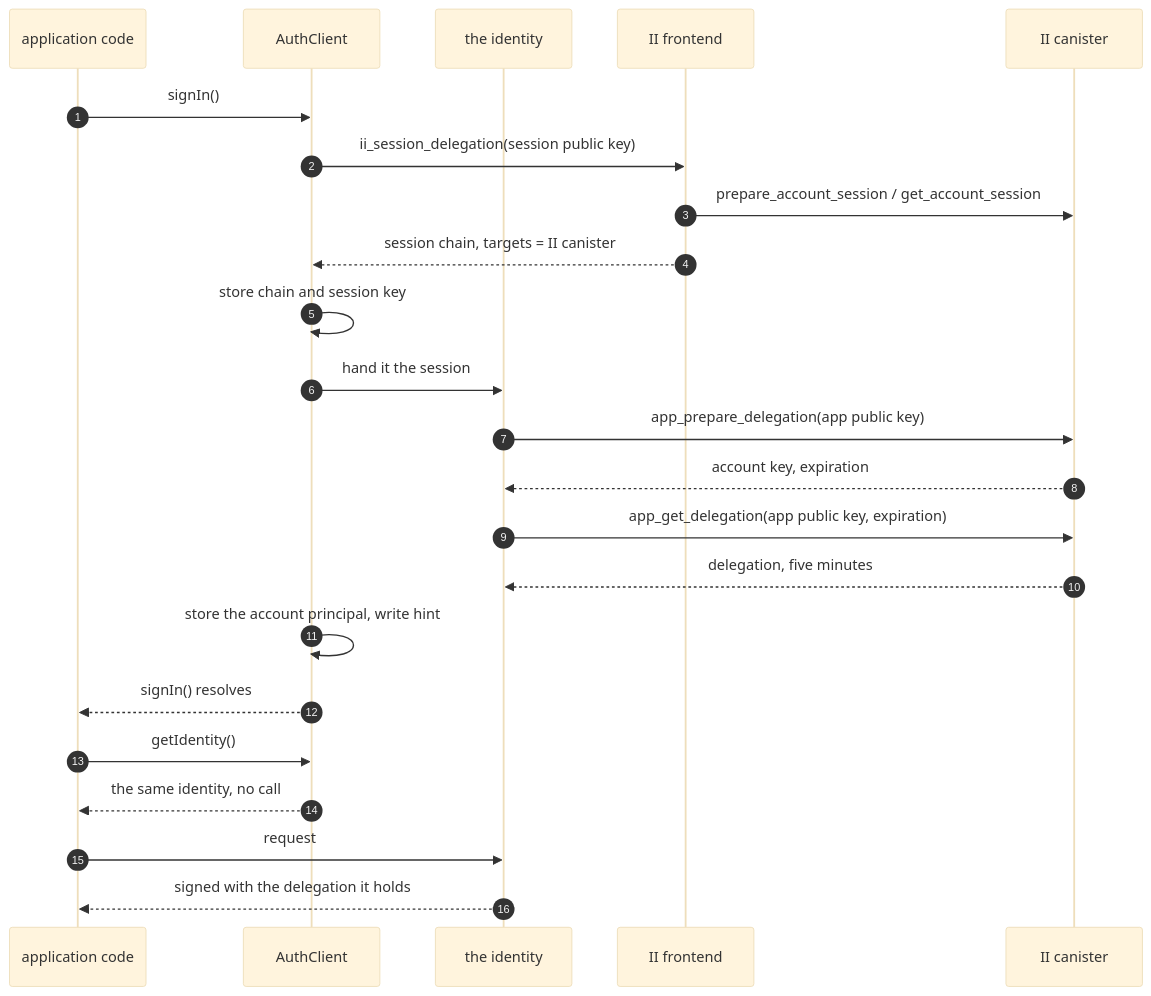
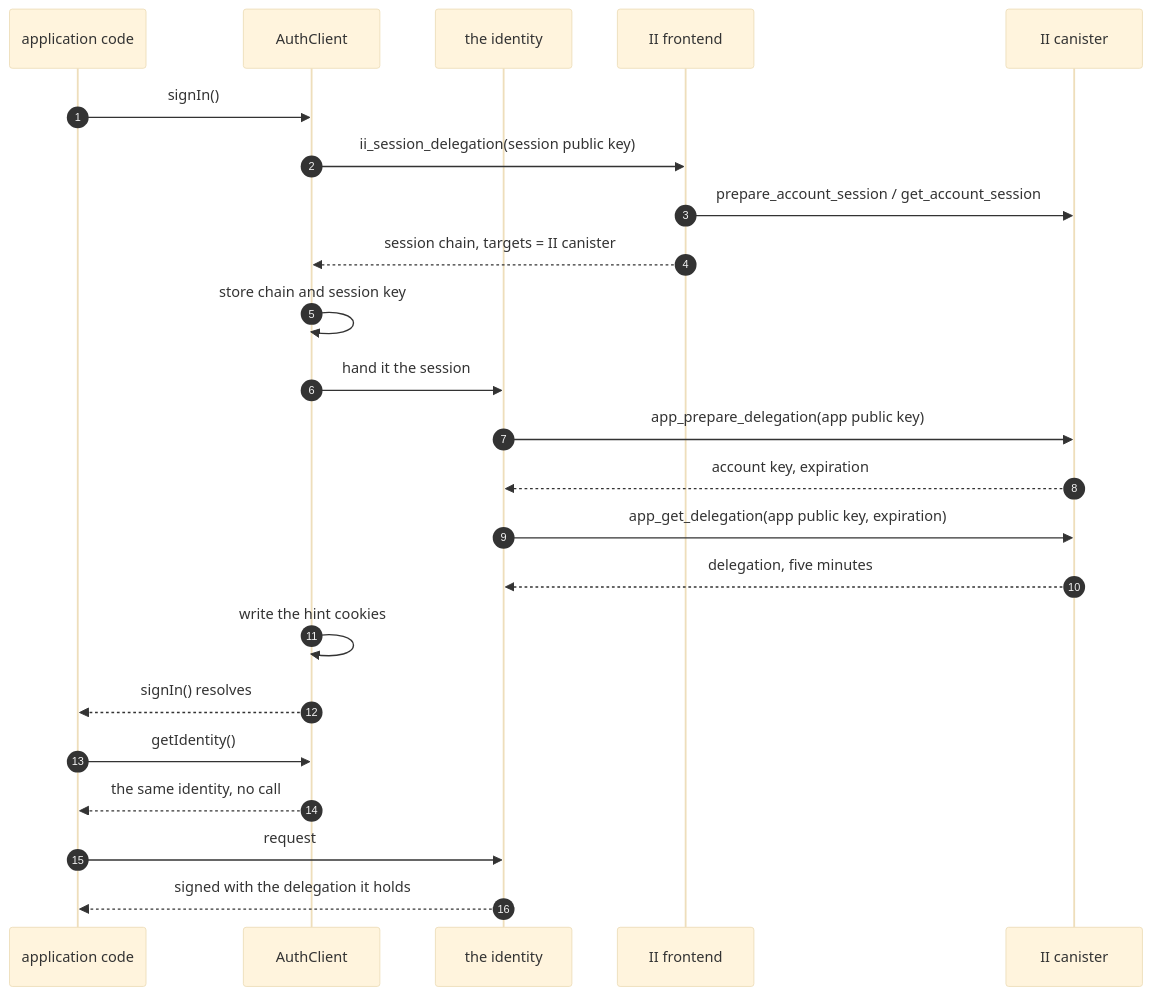
The first of 3 diagrams in docs/ongoing/client-app-sessions-spec.md (dfinity/internet-identity), drawn with Mermaid (base theme) before and after one commit. The commit also changed other lines of this file and 1 other file, not shown here.

````diff
--- a/docs/ongoing/client-app-sessions-spec.md
+++ b/docs/ongoing/client-app-sessions-spec.md
@@ -32,27 +32,27 @@
 ```mermaid
 sequenceDiagram
     autonumber
     participant App as application code
     participant AC as AuthClient
     participant Id as the identity
     participant IIF as II frontend
     participant IIC as II canister
 
     App->>AC: signIn()
     AC->>IIF: ii_session_delegation(session public key)
     IIF->>IIC: prepare_account_session / get_account_session
     IIF-->>AC: session chain, targets = II canister
     AC->>AC: store chain and session key
     AC->>Id: hand it the session
     Id->>IIC: app_prepare_delegation(app public key)
     IIC-->>Id: account key, expiration
     Id->>IIC: app_get_delegation(app public key, expiration)
     IIC-->>Id: delegation, five minutes
-    AC->>AC: store the account principal, write hint
+    AC->>AC: write the hint cookies
     AC-->>App: signIn() resolves
 
     App->>AC: getIdentity()
     AC-->>App: the same identity, no call
     App->>Id: request
     Id-->>App: signed with the delegation it holds
 ```
````
